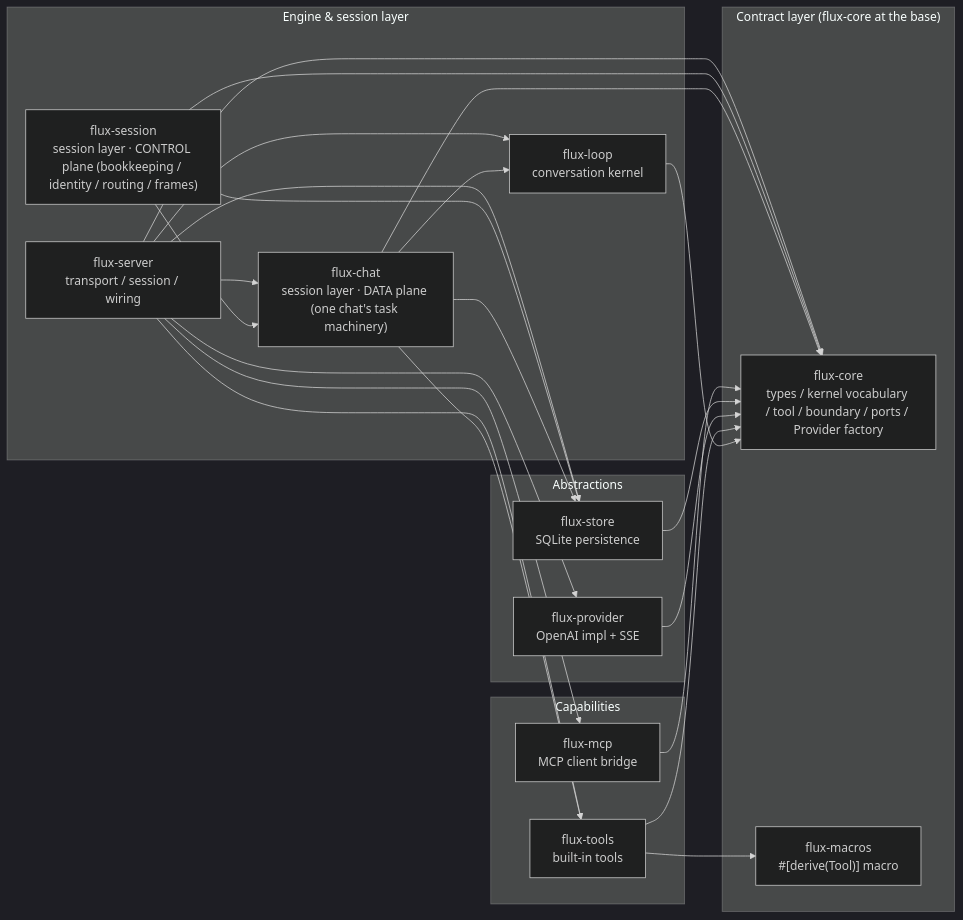
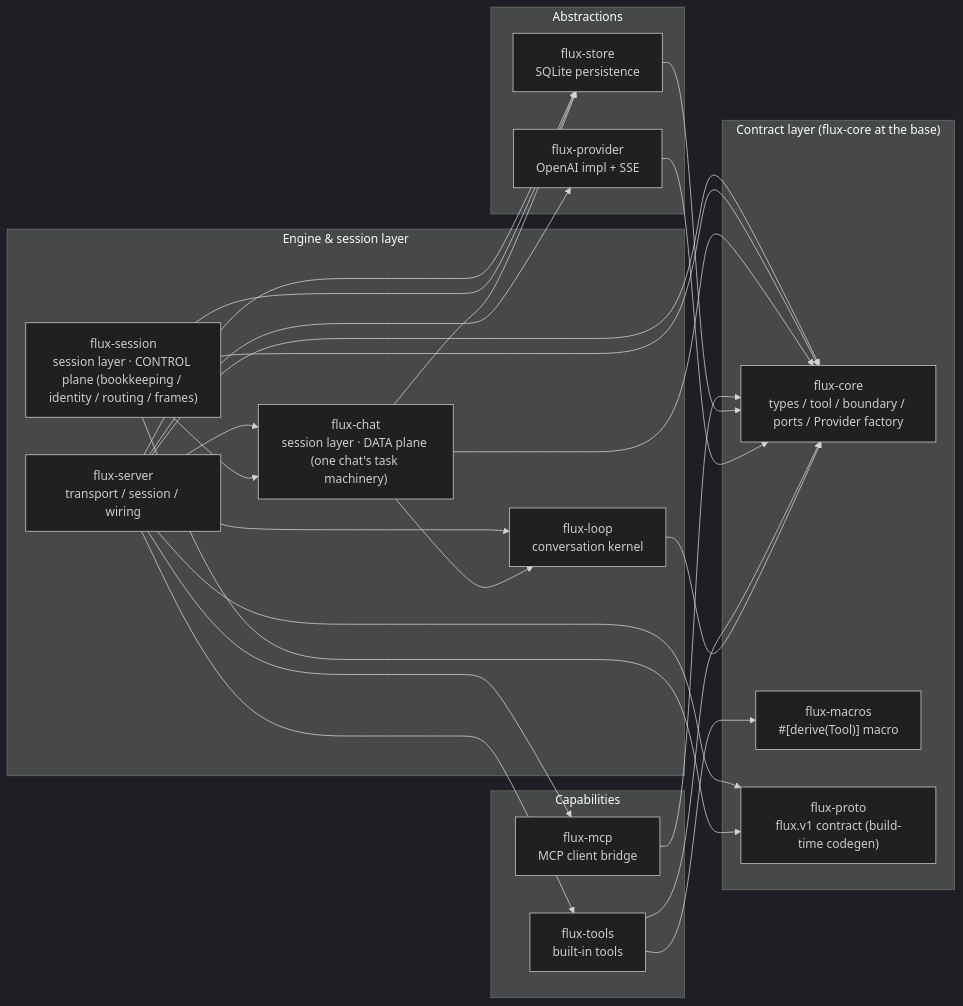
One commit to km0e/flux changed the second of 8 diagrams in docs/architecture-en.md. Above: the diagram before and after it, drawn with Mermaid (dark theme). The commit also changed other lines of this file and 167 other files, not shown here.

````diff
--- a/docs/architecture-en.md
+++ b/docs/architecture-en.md
@@ -65,41 +65,43 @@
 ```mermaid
 graph LR
  subgraph L0["Contract layer (flux-core at the base)"]
- CORE["flux-core<br/>types / kernel vocabulary / tool / boundary / ports / Provider factory"]
+ CORE["flux-core<br/>types / tool / boundary / ports / Provider factory"]
  DERIVE["flux-macros<br/>#[derive(Tool)] macro"]
+ PROTO["flux-proto<br/>flux.v1 contract (build-time codegen)"]
  end
  subgraph L1["Abstractions"]
  PROVIDER["flux-provider<br/>OpenAI impl + SSE"]
  STORE["flux-store<br/>SQLite persistence"]
  end
  subgraph L2["Capabilities"]
  TOOLS["flux-tools<br/>built-in tools"]
  MCP["flux-mcp<br/>MCP client bridge"]
  end
  subgraph L3["Engine & session layer"]
  LOOP["flux-loop<br/>conversation kernel"]
  CHAT["flux-chat<br/>session layer · DATA plane (one chat's task machinery)"]
  SESSION["flux-session<br/>session layer · CONTROL plane (bookkeeping / identity / routing / frames)"]
  SERVER["flux-server<br/>transport / session / wiring"]
  end
  LOOP --> CORE
  TOOLS --> CORE
  TOOLS --> DERIVE
  PROVIDER --> CORE
  STORE --> CORE
  MCP --> CORE
  CHAT --> CORE
  CHAT --> STORE
  CHAT --> LOOP
- CHAT --> TOOLS
  SESSION --> CORE
+ SESSION --> PROTO
  SESSION --> CHAT
  SESSION --> STORE
  SERVER --> CORE
+ SERVER --> PROTO
  SERVER --> PROVIDER
  SERVER --> TOOLS
  SERVER --> MCP
  SERVER --> STORE
  SERVER --> CHAT
  SERVER --> LOOP
 ```
````
